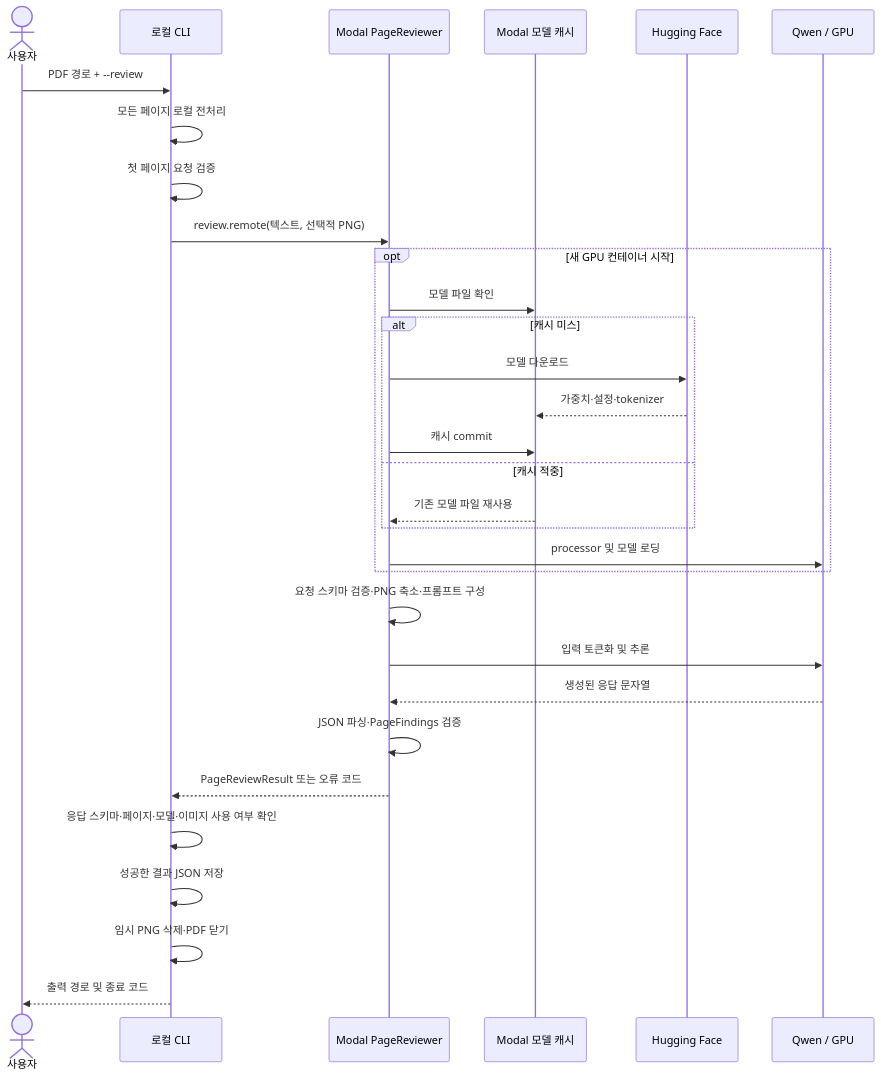
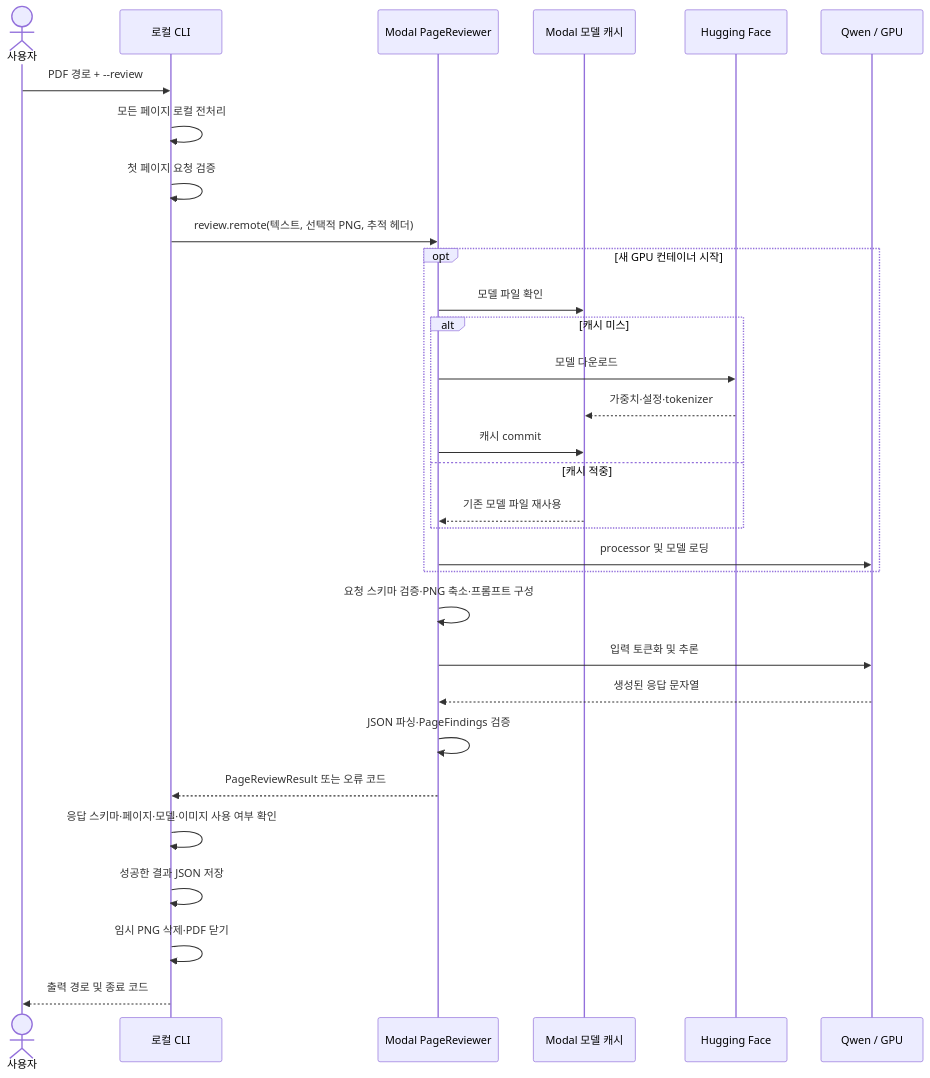
One commit to socratone/exam-review changed the second of 2 diagrams in docs/cli-flow.md. Above: the diagram before and after it, drawn with Mermaid. The commit also changed other lines of this file and 23 other files, not shown here.

````diff
--- a/docs/cli-flow.md
+++ b/docs/cli-flow.md
@@ -117,34 +109,34 @@
 ```mermaid
 sequenceDiagram
     actor User as 사용자
     participant CLI as 로컬 CLI
     participant Worker as Modal PageReviewer
     participant Cache as Modal 모델 캐시
     participant HF as Hugging Face
     participant GPU as Qwen / GPU
 
     User->>CLI: PDF 경로 + --review
     CLI->>CLI: 모든 페이지 로컬 전처리
     CLI->>CLI: 첫 페이지 요청 검증
-    CLI->>Worker: review.remote(텍스트, 선택적 PNG)
+    CLI->>Worker: review.remote(텍스트, 선택적 PNG, 추적 헤더)
     opt 새 GPU 컨테이너 시작
         Worker->>Cache: 모델 파일 확인
         alt 캐시 미스
             Worker->>HF: 모델 다운로드
             HF-->>Cache: 가중치·설정·tokenizer
             Worker->>Cache: 캐시 commit
         else 캐시 적중
             Cache-->>Worker: 기존 모델 파일 재사용
         end
         Worker->>GPU: processor 및 모델 로딩
     end
     Worker->>Worker: 요청 스키마 검증·PNG 축소·프롬프트 구성
     Worker->>GPU: 입력 토큰화 및 추론
     GPU-->>Worker: 생성된 응답 문자열
     Worker->>Worker: JSON 파싱·PageFindings 검증
     Worker-->>CLI: PageReviewResult 또는 오류 코드
     CLI->>CLI: 응답 스키마·페이지·모델·이미지 사용 여부 확인
     CLI->>CLI: 성공한 결과 JSON 저장
     CLI->>CLI: 임시 PNG 삭제·PDF 닫기
     CLI-->>User: 출력 경로 및 종료 코드
 ```
````
